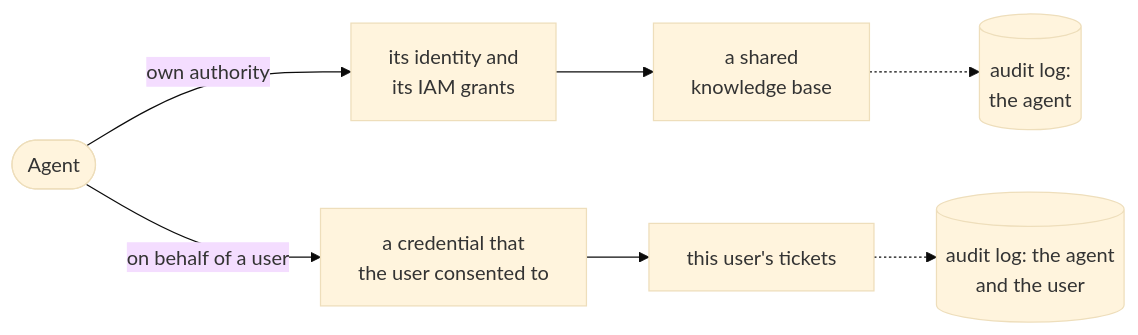
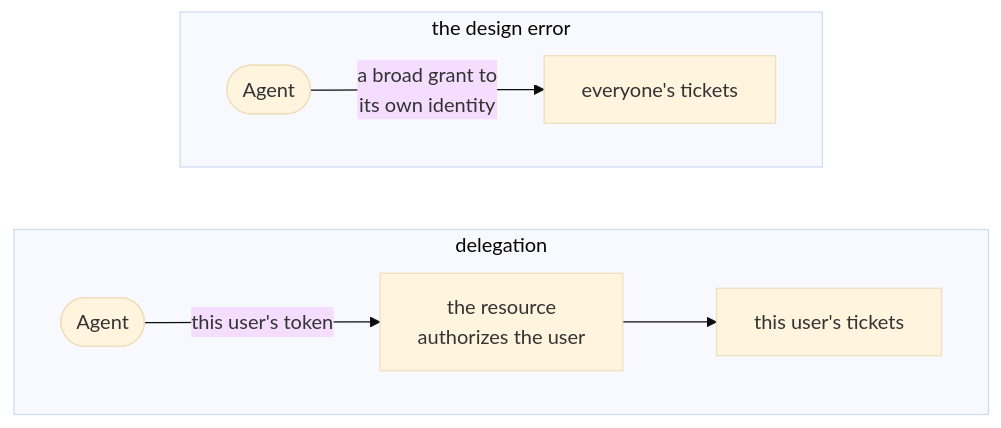
Before and after one commit to aniryou/full-stack-agentic-engineer: the second of 2 diagrams in 06-gateway/identity-security/agentic-identity-gcp-lab/docs/primer.md, drawn with Mermaid (base theme). The commit also changed other lines of this file and 340 other files, not shown here.

````diff
--- a/06-gateway/identity-security/agentic-identity-gcp-lab/docs/primer.md
+++ b/06-gateway/identity-security/agentic-identity-gcp-lab/docs/primer.md
@@ -130,9 +132,12 @@
 ```mermaid
 flowchart LR
-    AG(["Agent"]) -- "own authority" --> OWN["its identity and<br/>its IAM grants"]
-    AG -- "on behalf of a user" --> DEL["a credential that<br/>the user consented to"]
-    OWN --> KB["a shared<br/>knowledge base"]
-    DEL --> TK["this user's tickets"]
-    KB -.-> L1[("audit log:<br/>the agent")]
-    TK -.-> L2[("audit log: the agent<br/>and the user")]
+    subgraph DEL ["delegation"]
+        direction LR
+        A2(["Agent"]) -- "this user's token" --> RS["the resource<br/>authorizes the user"]
+        RS --> T2["this user's tickets"]
+    end
+    subgraph ERR ["the design error"]
+        direction LR
+        A1(["Agent"]) -- "a broad grant to<br/>its own identity" --> T1["everyone's tickets"]
+    end
 ```
````
